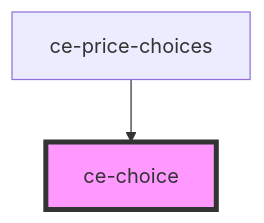
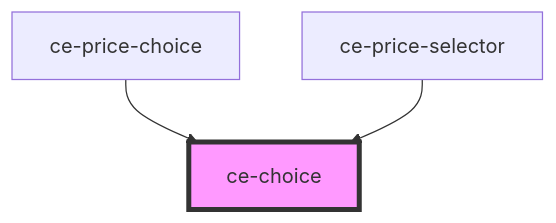
Before and after one commit to surecart/surecart-wp-plugin: the diagram in packages/components/src/components/ui/choice/readme.md, drawn with Mermaid. The commit also changed other lines of this file and 73 other files, not shown here.

````diff
--- a/packages/components/src/components/ui/choice/readme.md
+++ b/packages/components/src/components/ui/choice/readme.md
@@ -82,5 +83,6 @@
 ```mermaid
 graph TD;
-  ce-price-choices --> ce-choice
+  ce-price-choice --> ce-choice
+  ce-price-selector --> ce-choice
   style ce-choice fill:#f9f,stroke:#333,stroke-width:4px
 ```
````
